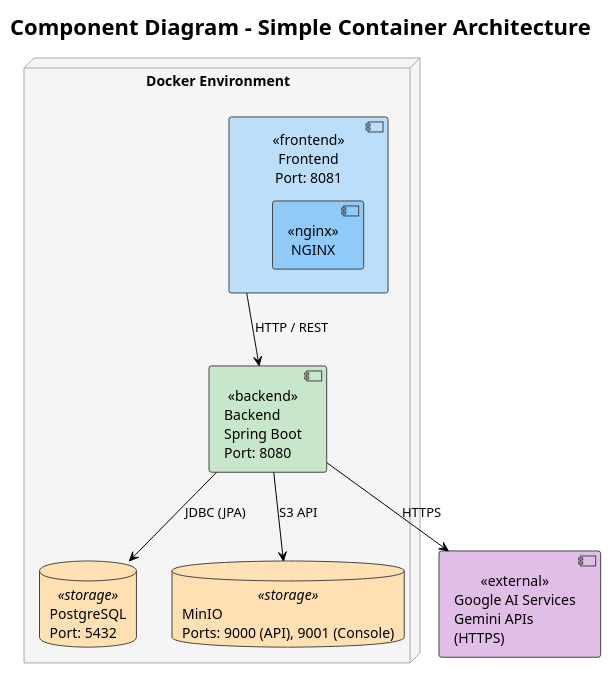
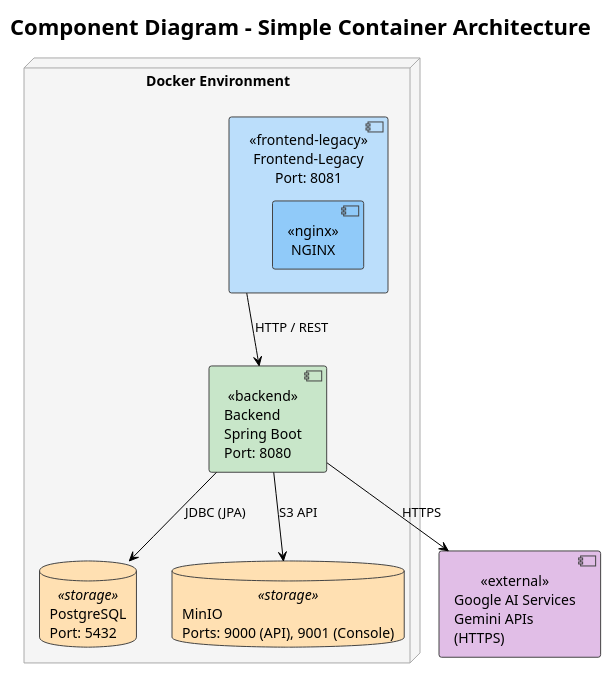
The diagram in architecture.puml (if23b196/alovre), drawn with PlantUML before and after one commit. The commit also changed 17 other files, not shown here.

Commit message:
Refactor: rename existing frontend to frontend-legacy ahead of Angular migration

```diff
--- a/architecture.puml
+++ b/architecture.puml
@@ -1,63 +1,63 @@
 @startuml
 !theme plain
 
 title Component Diagram – Simple Container Architecture
 
 skinparam componentStyle uml2
 skinparam shadowing false
 
 ' ===== Stronger Colors =====
 skinparam component {
-    BackgroundColor<<frontend>> #BBDEFB
+    BackgroundColor<<frontend-legacy>> #BBDEFB
     BackgroundColor<<backend>> #C8E6C9
     BackgroundColor<<external>> #E1BEE7
     BackgroundColor<<nginx>> #90CAF9
     BorderColor #444444
 }
 
 skinparam database {
     BackgroundColor<<storage>> #FFE0B2
     BorderColor #444444
 }
 
 skinparam node {
     BackgroundColor #F5F5F5
     BorderColor #AAAAAA
 }
 
 ' Add this line to force plain text globally for components if you prefer
 skinparam component {
     FontStyle plain
 }
 
 ' ========================
 ' External Services
 ' ========================
 component "Google AI Services\nGemini APIs\n(HTTPS)" as Gemini <<external>>
 
 ' ========================
 ' Docker Environment
 ' ========================
 node "Docker Environment" {
 
-    component "Frontend\n<font:sans-serif>Port: 8081</font>" as Frontend <<frontend>> {
+    component "Frontend-Legacy\n<font:sans-serif>Port: 8081</font>" as FrontendLegacy <<frontend-legacy>> {
         component "NGINX" as Nginx <<nginx>>
     }
 
     component "Backend\nSpring Boot\nPort: 8080" as Backend <<backend>>
 
     database "PostgreSQL\nPort: 5432" as Postgres <<storage>>
 
     database "MinIO\nPorts: 9000 (API), 9001 (Console)" as Minio <<storage>>
 }
 
 ' ========================
 ' Connections
 ' ========================
-Frontend --> Backend : HTTP / REST
+FrontendLegacy --> Backend : HTTP / REST
 
 Backend --> Postgres : JDBC (JPA)
 Backend --> Minio : S3 API
 Backend --> Gemini : HTTPS
 
 @enduml
```
